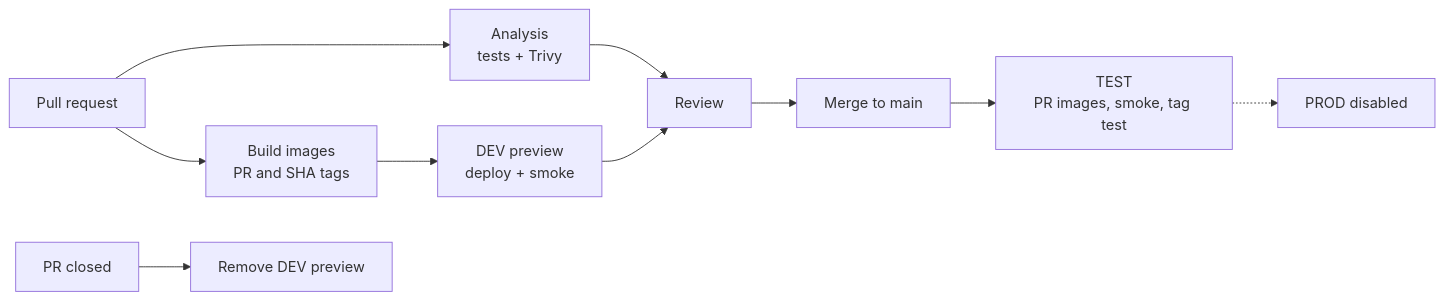
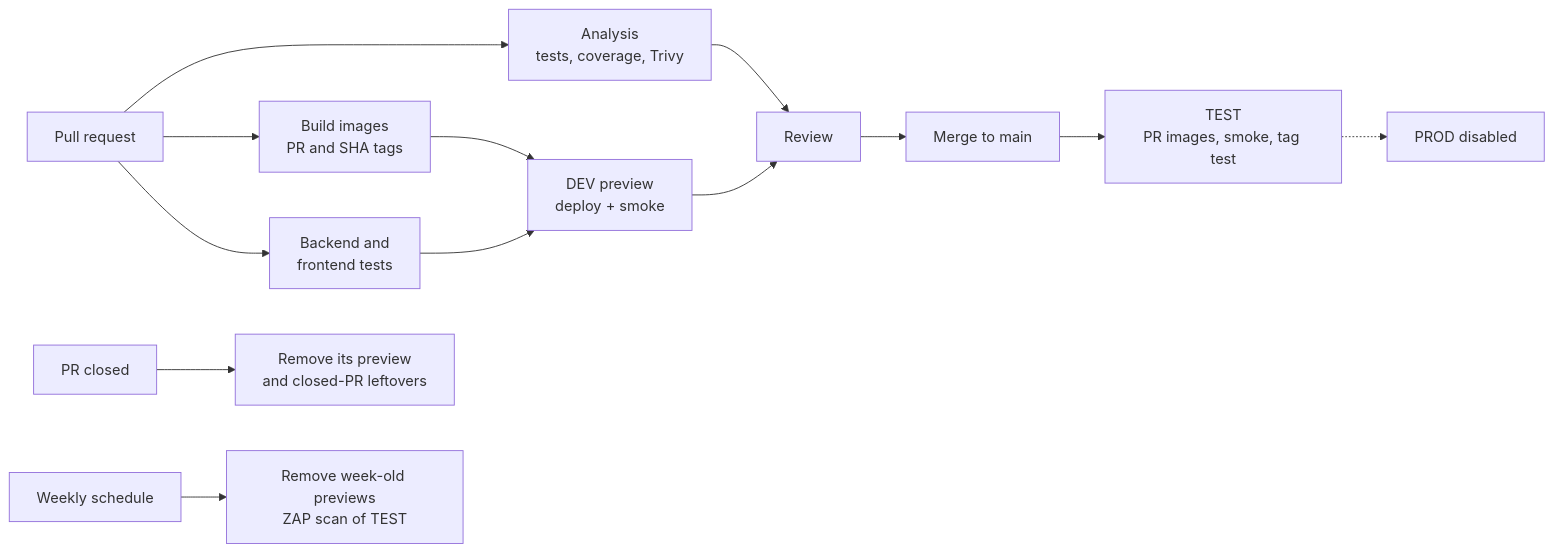
Before and after one commit to bcgov/nr-taps: the fourth of 4 diagrams in docs/architecture.md, drawn with Mermaid. The commit also changed other lines of this file and 7 other files, not shown here.

````diff
--- a/docs/architecture.md
+++ b/docs/architecture.md
@@ -103,12 +105,15 @@
 ```mermaid
 flowchart LR
-    PR["Pull request"] --> Quality["Analysis<br/>tests + Trivy"]
+    PR["Pull request"] --> Quality["Analysis<br/>tests, coverage, Trivy"]
     PR --> Build["Build images<br/>PR and SHA tags"]
+    PR --> Tests["Backend and<br/>frontend tests"]
     Build --> DEV["DEV preview<br/>deploy + smoke"]
+    Tests --> DEV
     DEV --> Review["Review"]
     Quality --> Review
     Review --> Merge["Merge to main"]
     Merge --> TEST["TEST<br/>PR images, smoke, tag test"]
-    Close["PR closed"] --> Cleanup["Remove DEV preview"]
+    Close["PR closed"] --> Cleanup["Remove its preview<br/>and closed-PR leftovers"]
+    Weekly["Weekly schedule"] --> Sweep["Remove week-old previews<br/>ZAP scan of TEST"]
     TEST -.-> PROD["PROD disabled"]
 ```
````
